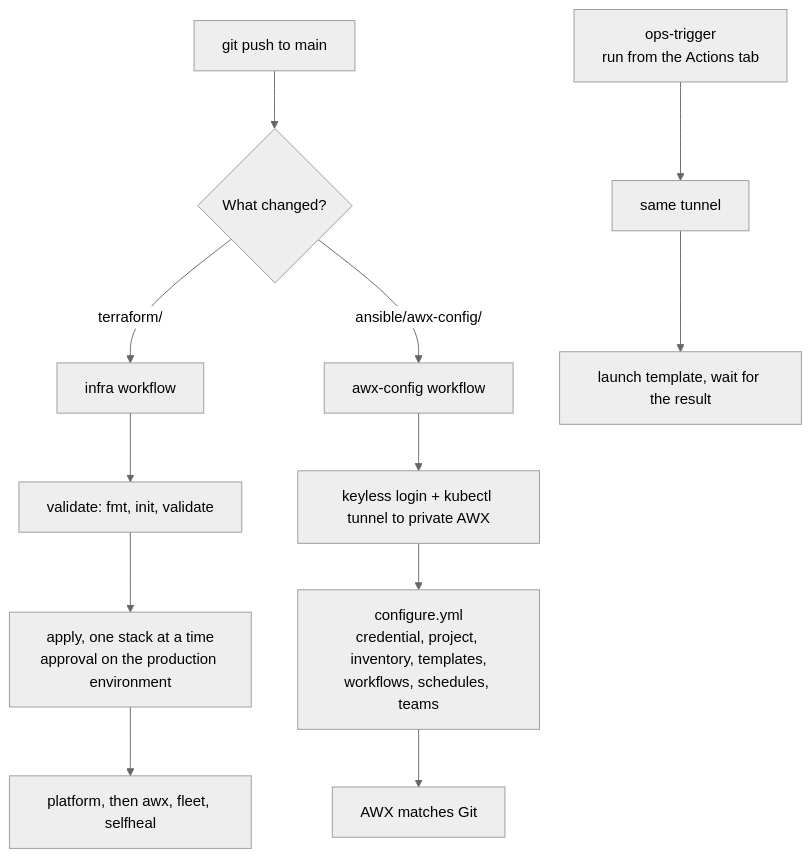
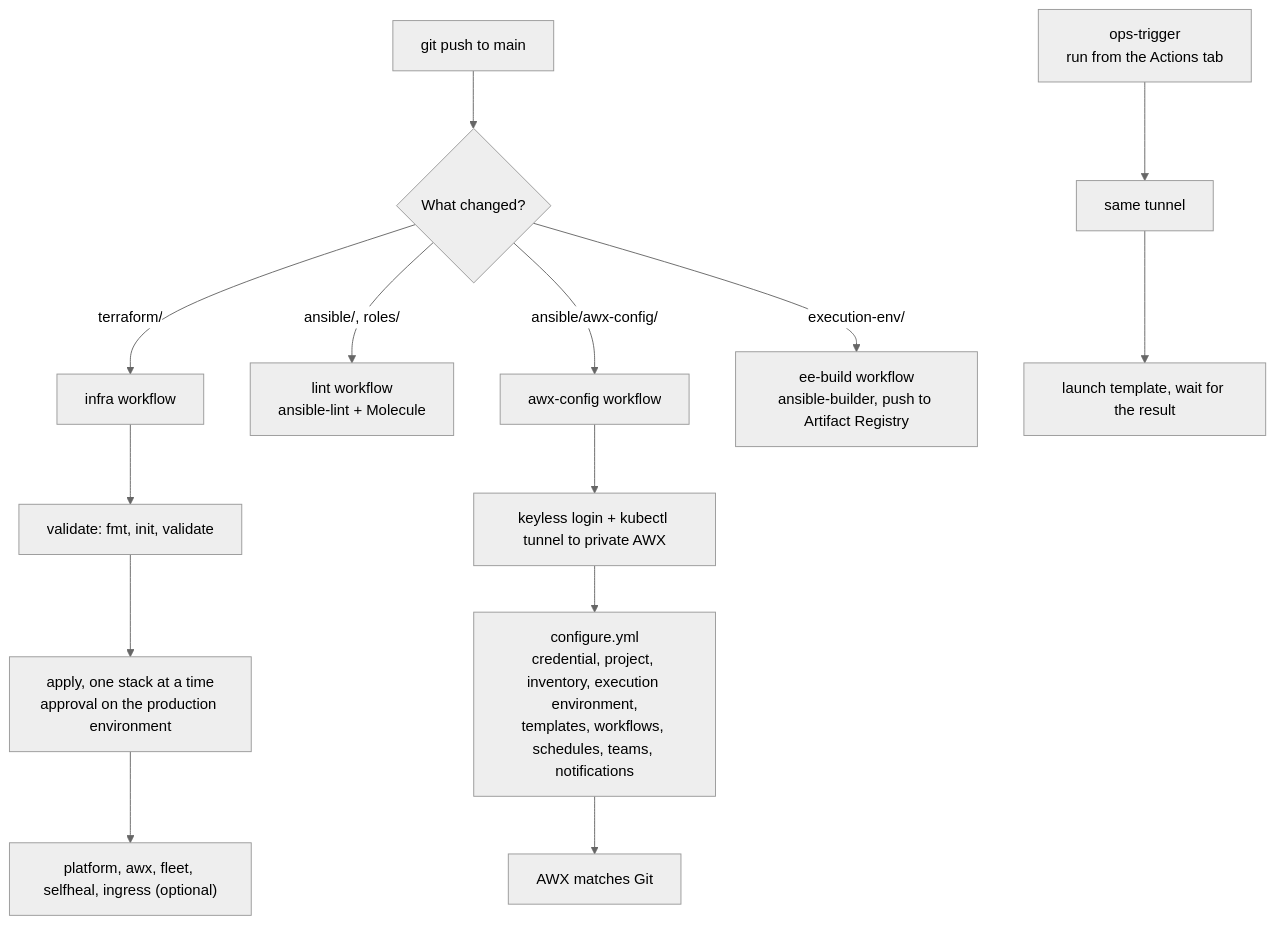
The second of 6 diagrams in docs/ARCHITECTURE.md (bikram-singh/gcp-awx-ops-automation), drawn with Mermaid before and after one commit. The commit also changed other lines of this file and 8 other files, not shown here.

````diff
--- a/docs/ARCHITECTURE.md
+++ b/docs/ARCHITECTURE.md
@@ -41,15 +46,17 @@
 ```mermaid
 %%{init: {'theme': 'neutral'}}%%
 flowchart TD
   push["git push to main"] --> paths{"What changed?"}
   paths -- "terraform/" --> infra["infra workflow"]
+  paths -- "ansible/, roles/" --> lint["lint workflow<br/>ansible-lint + Molecule"]
   paths -- "ansible/awx-config/" --> cfg["awx-config workflow"]
+  paths -- "execution-env/" --> ee["ee-build workflow<br/>ansible-builder, push to Artifact Registry"]
   infra --> val["validate: fmt, init, validate"]
   val --> appr["apply, one stack at a time<br/>approval on the production environment"]
-  appr --> stacks["platform, then awx, fleet, selfheal"]
+  appr --> stacks["platform, awx, fleet, selfheal, ingress (optional)"]
   cfg --> tunnel["keyless login + kubectl tunnel to private AWX"]
-  tunnel --> play["configure.yml<br/>credential, project, inventory, templates,<br/>workflows, schedules, teams"]
+  tunnel --> play["configure.yml<br/>credential, project, inventory, execution environment,<br/>templates, workflows, schedules, teams, notifications"]
   play --> awxok["AWX matches Git"]
   ops["ops-trigger<br/>run from the Actions tab"] --> tunnel2["same tunnel"]
   tunnel2 --> job["launch template, wait for the result"]
 ```
````
